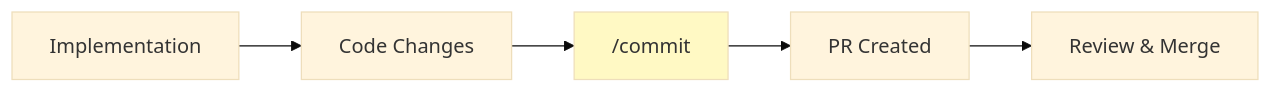
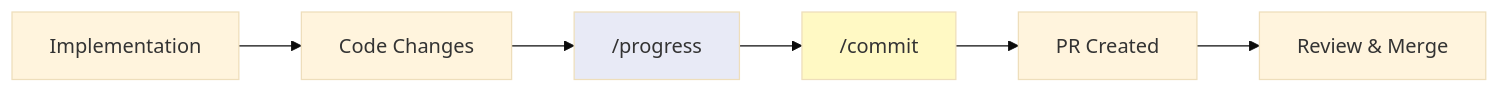
One commit to Mathews-Tom/sage-dev changed the sixth of 23 diagrams in commands/WORKFLOW.md. Above: the diagram before and after it, drawn with Mermaid (base theme). The commit also changed other lines of this file and 1 other file, not shown here.

Commit message:
docs: integrate /progress into workflow and usage. Positions status analysis between /implement and /commit with updated diagrams, sequences, scenarios, and checklists to improve delivery transparency.

````diff
--- a/commands/WORKFLOW.md
+++ b/commands/WORKFLOW.md
@@ -131,9 +133,11 @@
 ```mermaid
 graph LR
     A[Implementation] --> B[Code Changes]
-    B --> C["/commit"]
-    C --> D[PR Created]
-    D --> E[Review & Merge]
-    
-    style C fill:#fff9c4
+    B --> C["/progress"]
+    C --> D["/commit"]
+    D --> E[PR Created]
+    E --> F[Review & Merge]
+
+    style C fill:#e8eaf6
+    style D fill:#fff9c4
 ```
````
